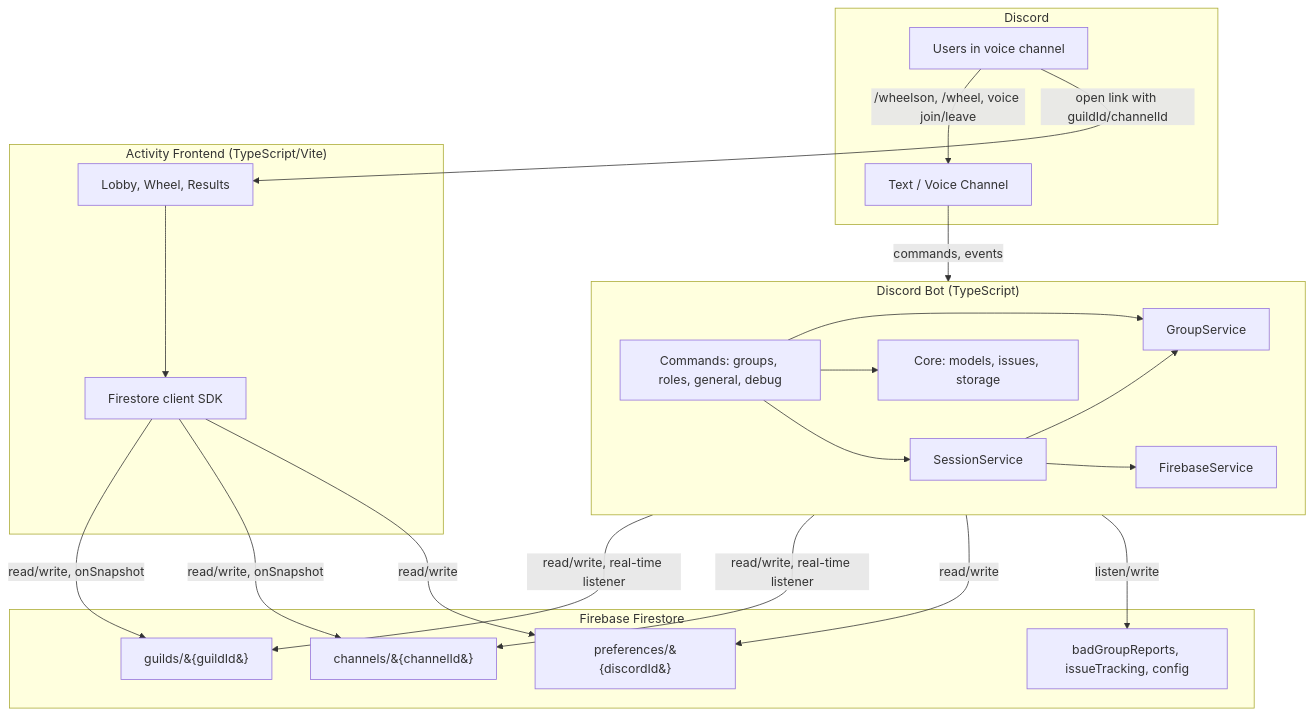
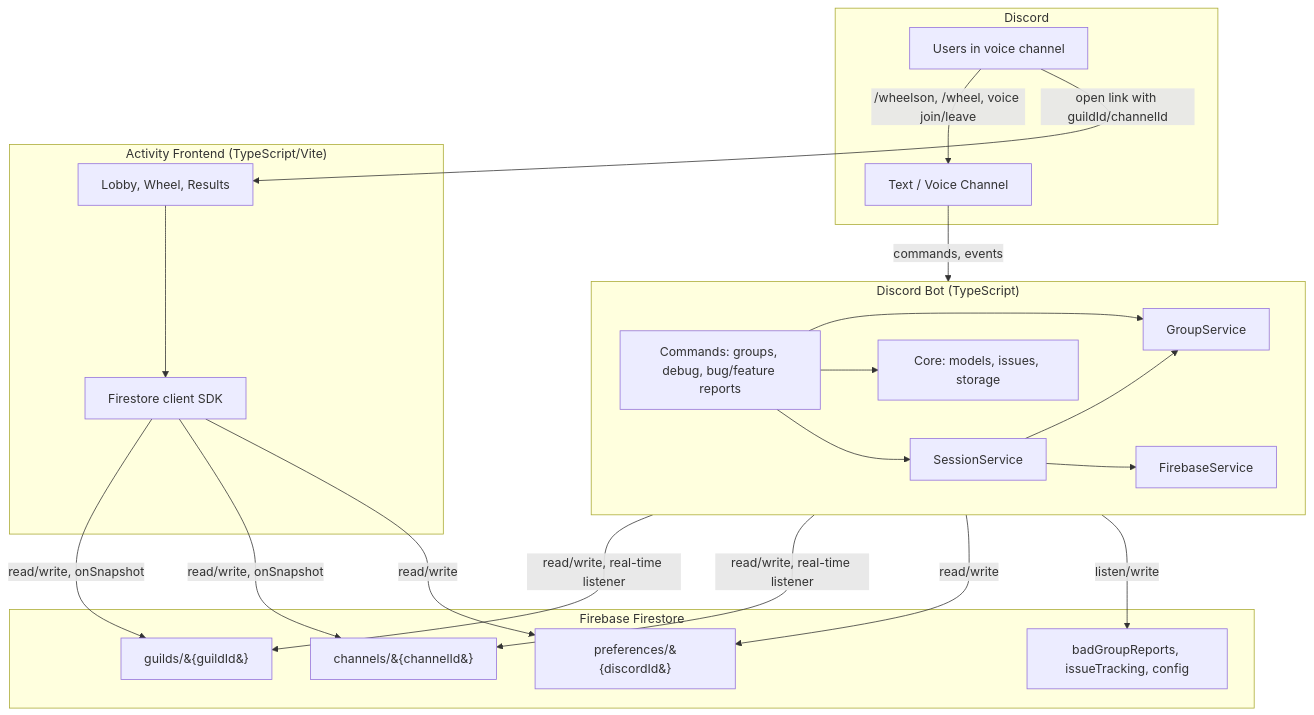
Before and after one commit to TytaniumDev/MythicPlusDiscordBot: the first of 5 diagrams in ARCHITECTURE.md, drawn with Mermaid. The commit also changed other lines of this file and 23 other files, not shown here.

````diff
--- a/ARCHITECTURE.md
+++ b/ARCHITECTURE.md
@@ -21,43 +21,43 @@
 ```mermaid
 flowchart TB
     subgraph Discord["Discord"]
         User[Users in voice channel]
         Channel[Text / Voice Channel]
     end
 
     subgraph Bot["Discord Bot (TypeScript)"]
-        Cogs[Commands: groups, roles, general, debug]
+        Cogs[Commands: groups, debug, bug/feature reports]
         GroupService[GroupService]
         SessionService[SessionService]
         FirebaseService[FirebaseService]
         Core[Core: models, issues, storage]
         Cogs --> GroupService
         Cogs --> SessionService
         Cogs --> Core
         SessionService --> FirebaseService
         SessionService --> GroupService
     end
 
     subgraph Firebase["Firebase Firestore"]
         Guilds[guilds/&#123;guildId&#125;]
         Channels[channels/&#123;channelId&#125;]
         Preferences[preferences/&#123;discordId&#125;]
         Sidecars[badGroupReports, issueTracking, config]
     end
 
     subgraph Frontend["Activity Frontend (TypeScript/Vite)"]
         UI[Lobby, Wheel, Results]
         UI --> FirestoreClient[Firestore client SDK]
     end
 
     User -->|/wheelson, /wheel, voice join/leave| Channel
     Channel -->|commands, events| Bot
     Bot -->|read/write, real-time listener| Guilds
     Bot -->|read/write, real-time listener| Channels
     Bot -->|read/write| Preferences
     Bot -->|listen/write| Sidecars
     FirestoreClient -->|read/write, onSnapshot| Guilds
     FirestoreClient -->|read/write, onSnapshot| Channels
     FirestoreClient -->|read/write| Preferences
     User -->|open link with guildId/channelId| UI
 ```
````
